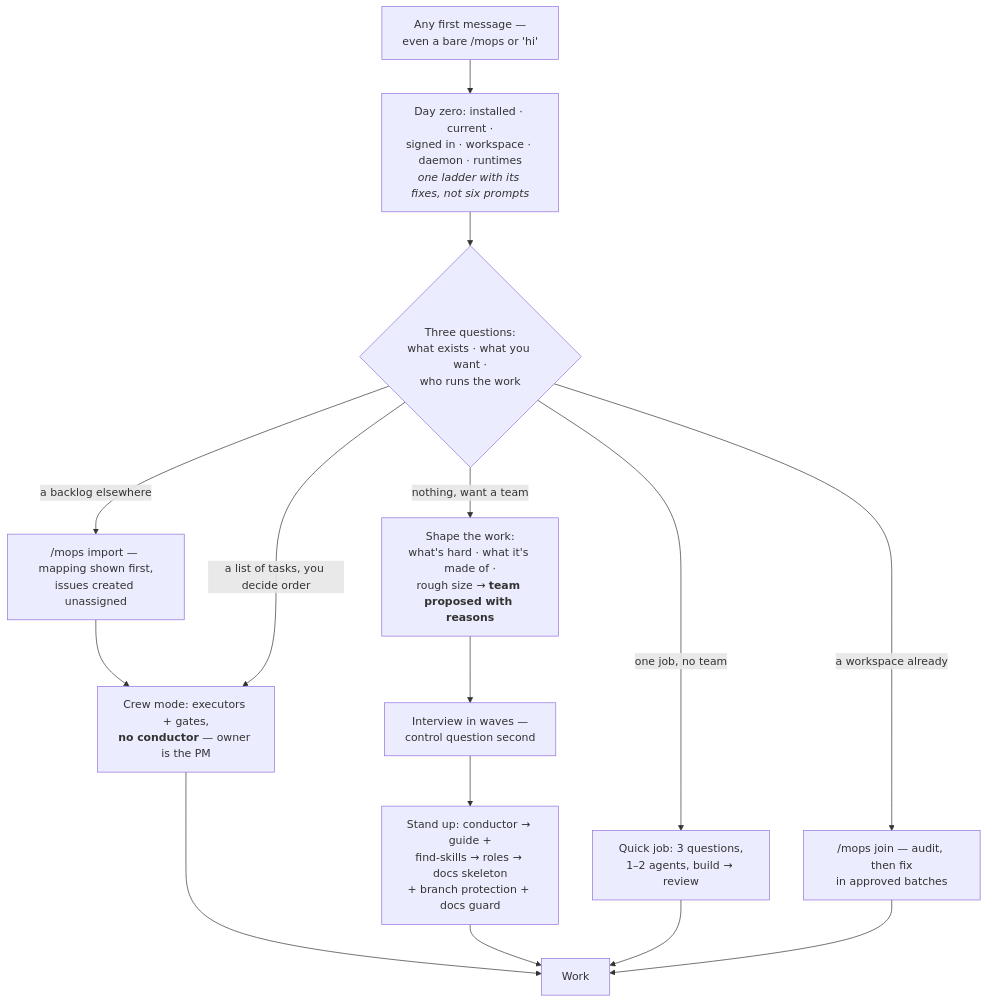
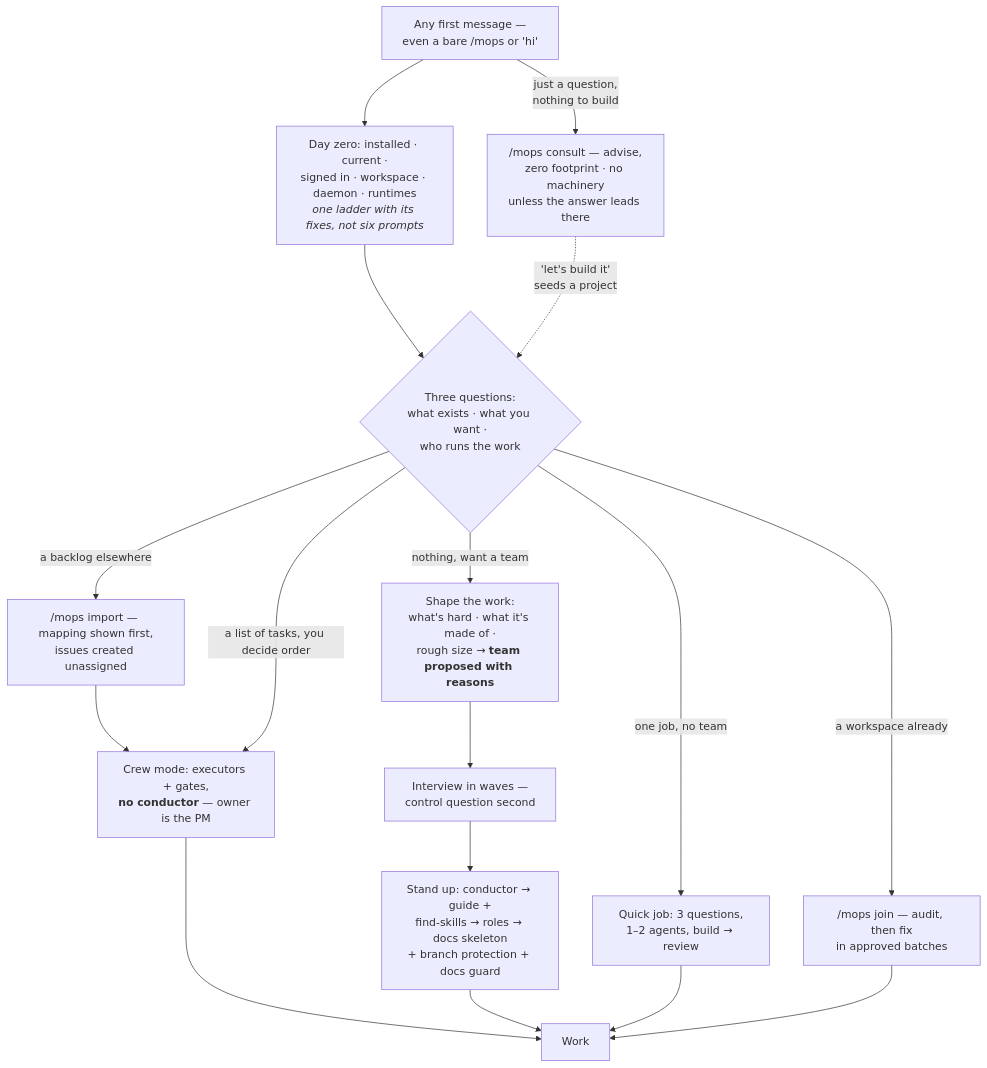
Before and after one commit to jamillazarev/multica-ops: the first of 8 diagrams in WORKFLOW.md, drawn with Mermaid. The commit also changed 7 other files, not shown here.

````diff
--- a/WORKFLOW.md
+++ b/WORKFLOW.md
@@ -18,17 +18,19 @@
 ```mermaid
 flowchart TD
     U["Any first message —<br/>even a bare /mops or 'hi'"] --> DZ["Day zero: installed · current ·<br/>signed in · workspace · daemon · runtimes<br/><i>one ladder with its fixes, not six prompts</i>"]
     DZ --> Q{"Three questions:<br/>what exists · what you want ·<br/>who runs the work"}
+    U -->|"just a question,<br/>nothing to build"| CONSULT["/mops consult — advise,<br/>zero footprint · no machinery<br/>unless the answer leads there"]
+    CONSULT -.->|"'let's build it'<br/>seeds a project"| Q
     Q -->|"nothing, want a team"| SHAPE
     Q -->|"a workspace already"| JOIN["/mops join — audit, then fix<br/>in approved batches"]
     Q -->|"a backlog elsewhere"| IMP["/mops import — mapping shown first,<br/>issues created unassigned"]
     Q -->|"one job, no team"| QJ["Quick job: 3 questions,<br/>1–2 agents, build → review"]
     SHAPE["Shape the work:<br/>what's hard · what it's made of ·<br/>rough size → <b>team proposed with reasons</b>"] --> INT["Interview in waves —<br/>control question second"]
     INT --> STAND["Stand up: conductor → guide +<br/>find-skills → roles → docs skeleton<br/>+ branch protection + docs guard"]
     IMP --> CREW
     Q -->|"a list of tasks, you decide order"| CREW["Crew mode: executors + gates,<br/><b>no conductor</b> — owner is the PM"]
     CREW --> RUN["Work"]
     STAND --> RUN
     QJ --> RUN
     JOIN --> RUN
 ```
````
